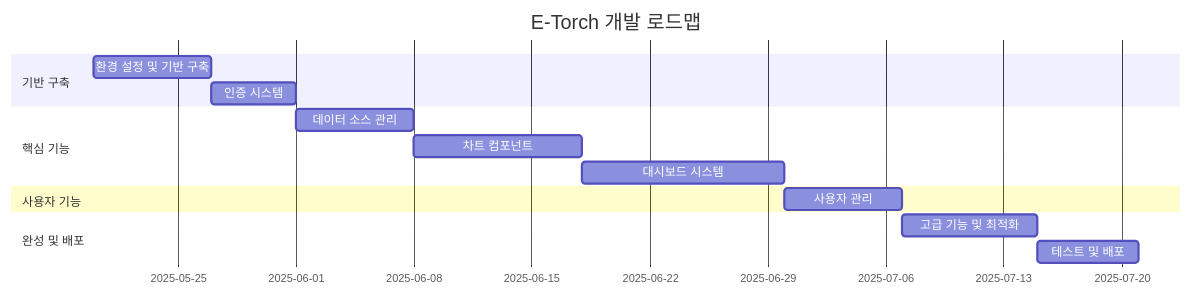
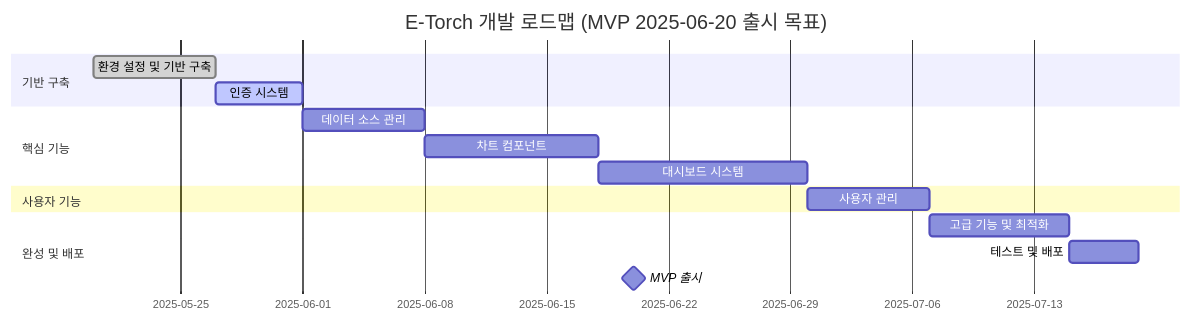
Before and after one commit to Seungwoo321/etorch-docs: the first of 10 diagrams in ROADMAP.md, drawn with Mermaid. The commit also changed other lines of this file, not shown here.

Commit message:
docs: 로드맵 업데이트

````diff
--- a/ROADMAP.md
+++ b/ROADMAP.md
@@ -9,17 +9,18 @@
 ```mermaid
 gantt
-    title E-Torch 개발 로드맵
+    title E-Torch 개발 로드맵 (MVP 2025-06-20 출시 목표)
     dateFormat  YYYY-MM-DD
     section 기반 구축
-    환경 설정 및 기반 구축            :a1, 2025-05-20, 7d
-    인증 시스템                      :a2, after a1, 5d
+    환경 설정 및 기반 구축            :done, a1, 2025-05-20, 7d
+    인증 시스템                      :active, a2, after a1, 5d
     section 핵심 기능
     데이터 소스 관리                  :b1, after a2, 7d
     차트 컴포넌트                    :b2, after b1, 10d
     대시보드 시스템                  :b3, after b2, 12d
     section 사용자 기능
     사용자 관리                      :c1, after b3, 7d
     section 완성 및 배포
     고급 기능 및 최적화              :d1, after c1, 8d
-    테스트 및 배포                   :d2, after d1, 6d
+    테스트 및 배포                   :d2, after d1, 4d
+    MVP 출시                        :milestone, m1, 2025-06-20, 0d
 ```
````
